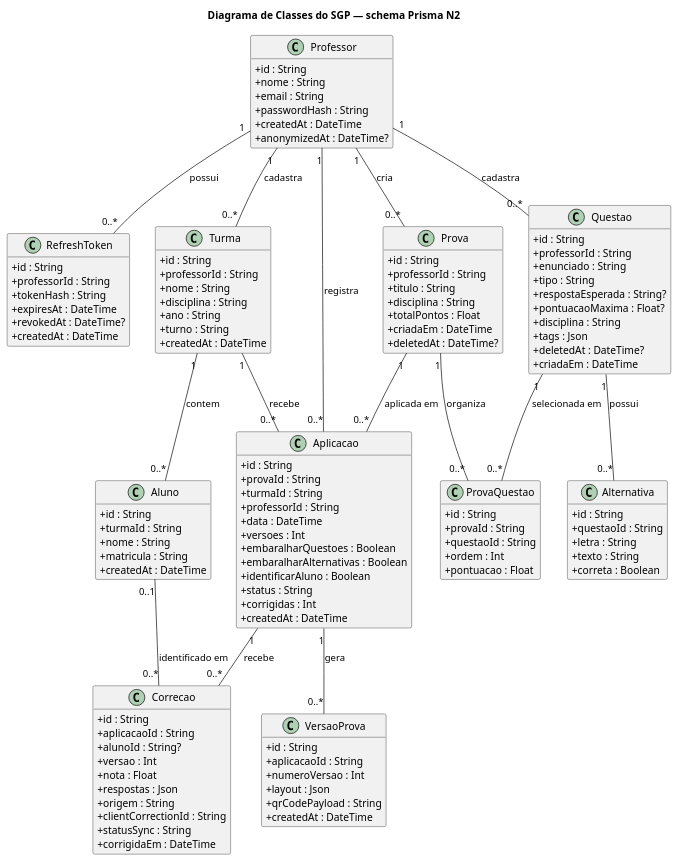
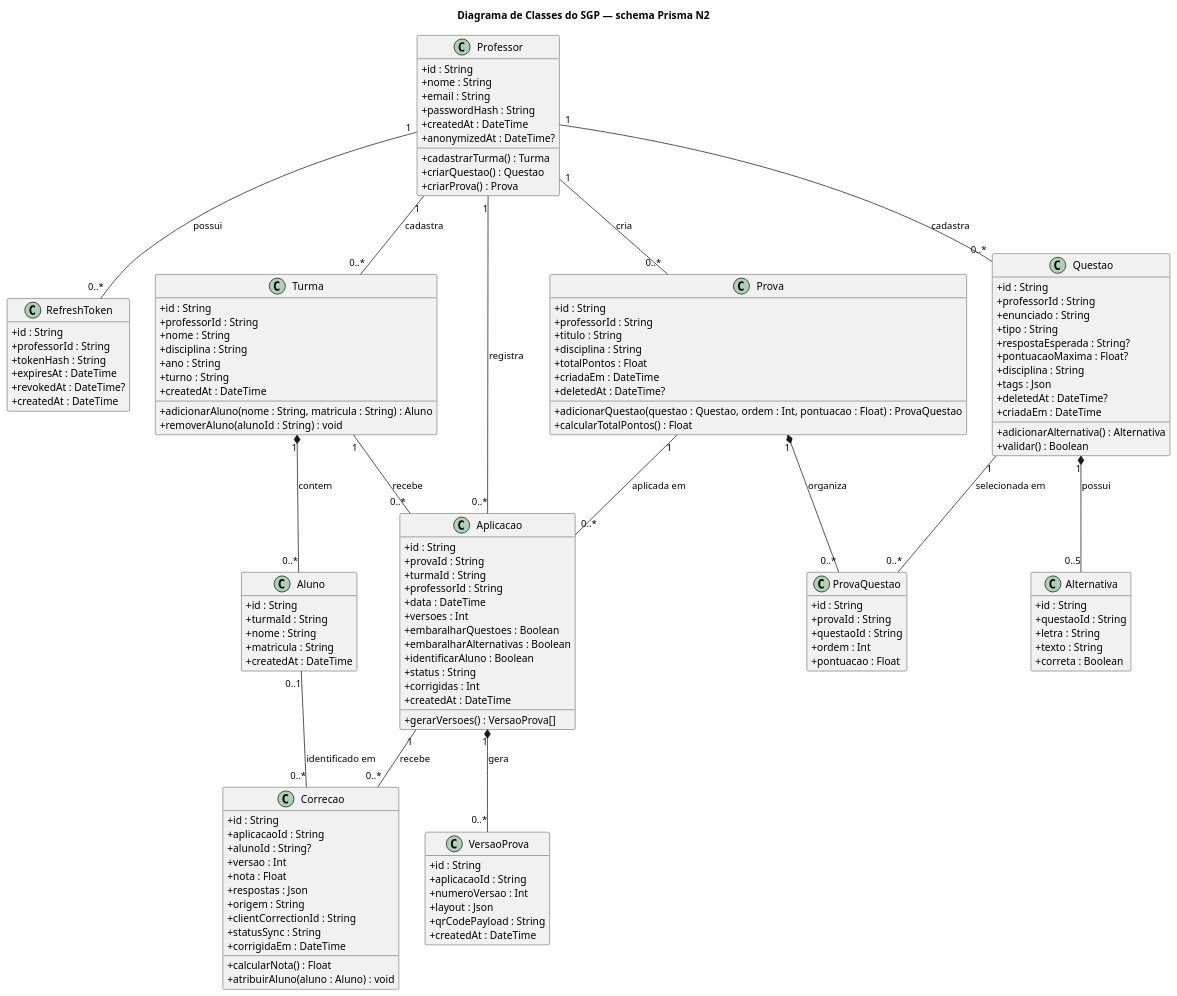
The diagram in docs/uml/03-classe/classe.puml (thiagomaes/sgp-provas), drawn with PlantUML before and after one commit. The commit also changed 2 other files, not shown here.

Commit message:
docs(docs): restaura métodos e análise do diagrama de classes

```diff
--- a/docs/uml/03-classe/classe.puml
+++ b/docs/uml/03-classe/classe.puml
@@ -1,132 +1,144 @@
 @startuml
 title Diagrama de Classes do SGP — schema Prisma N2
 skinparam classAttributeIconSize 0
 hide empty members
 
 class Professor {
   +id : String
   +nome : String
   +email : String
   +passwordHash : String
   +createdAt : DateTime
   +anonymizedAt : DateTime?
+  +cadastrarTurma() : Turma
+  +criarQuestao() : Questao
+  +criarProva() : Prova
 }
 
 class RefreshToken {
   +id : String
   +professorId : String
   +tokenHash : String
   +expiresAt : DateTime
   +revokedAt : DateTime?
   +createdAt : DateTime
 }
 
 class Turma {
   +id : String
   +professorId : String
   +nome : String
   +disciplina : String
   +ano : String
   +turno : String
   +createdAt : DateTime
+  +adicionarAluno(nome : String, matricula : String) : Aluno
+  +removerAluno(alunoId : String) : void
 }
 
 class Aluno {
   +id : String
   +turmaId : String
   +nome : String
   +matricula : String
   +createdAt : DateTime
 }
 
 class Questao {
   +id : String
   +professorId : String
   +enunciado : String
   +tipo : String
   +respostaEsperada : String?
   +pontuacaoMaxima : Float?
   +disciplina : String
   +tags : Json
   +deletedAt : DateTime?
   +criadaEm : DateTime
+  +adicionarAlternativa() : Alternativa
+  +validar() : Boolean
 }
 
 class Alternativa {
   +id : String
   +questaoId : String
   +letra : String
   +texto : String
   +correta : Boolean
 }
 
 class Prova {
   +id : String
   +professorId : String
   +titulo : String
   +disciplina : String
   +totalPontos : Float
   +criadaEm : DateTime
   +deletedAt : DateTime?
+  +adicionarQuestao(questao : Questao, ordem : Int, pontuacao : Float) : ProvaQuestao
+  +calcularTotalPontos() : Float
 }
 
 class ProvaQuestao {
   +id : String
   +provaId : String
   +questaoId : String
   +ordem : Int
   +pontuacao : Float
 }
 
 class Aplicacao {
   +id : String
   +provaId : String
   +turmaId : String
   +professorId : String
   +data : DateTime
   +versoes : Int
   +embaralharQuestoes : Boolean
   +embaralharAlternativas : Boolean
   +identificarAluno : Boolean
   +status : String
   +corrigidas : Int
   +createdAt : DateTime
+  +gerarVersoes() : VersaoProva[]
 }
 
 class VersaoProva {
   +id : String
   +aplicacaoId : String
   +numeroVersao : Int
   +layout : Json
   +qrCodePayload : String
   +createdAt : DateTime
 }
 
 class Correcao {
   +id : String
   +aplicacaoId : String
   +alunoId : String?
   +versao : Int
   +nota : Float
   +respostas : Json
   +origem : String
   +clientCorrectionId : String
   +statusSync : String
   +corrigidaEm : DateTime
+  +calcularNota() : Float
+  +atribuirAluno(aluno : Aluno) : void
 }
 
 Professor "1" -- "0..*" RefreshToken : possui
 Professor "1" -- "0..*" Turma : cadastra
 Professor "1" -- "0..*" Questao : cadastra
 Professor "1" -- "0..*" Prova : cria
 Professor "1" -- "0..*" Aplicacao : registra
-Turma "1" -- "0..*" Aluno : contem
+Turma "1" *-- "0..*" Aluno : contem
 Turma "1" -- "0..*" Aplicacao : recebe
-Questao "1" -- "0..*" Alternativa : possui
+Questao "1" *-- "0..5" Alternativa : possui
 Questao "1" -- "0..*" ProvaQuestao : selecionada em
-Prova "1" -- "0..*" ProvaQuestao : organiza
+Prova "1" *-- "0..*" ProvaQuestao : organiza
 Prova "1" -- "0..*" Aplicacao : aplicada em
-Aplicacao "1" -- "0..*" VersaoProva : gera
+Aplicacao "1" *-- "0..*" VersaoProva : gera
 Aplicacao "1" -- "0..*" Correcao : recebe
 Aluno "0..1" -- "0..*" Correcao : identificado em
 @enduml
```
